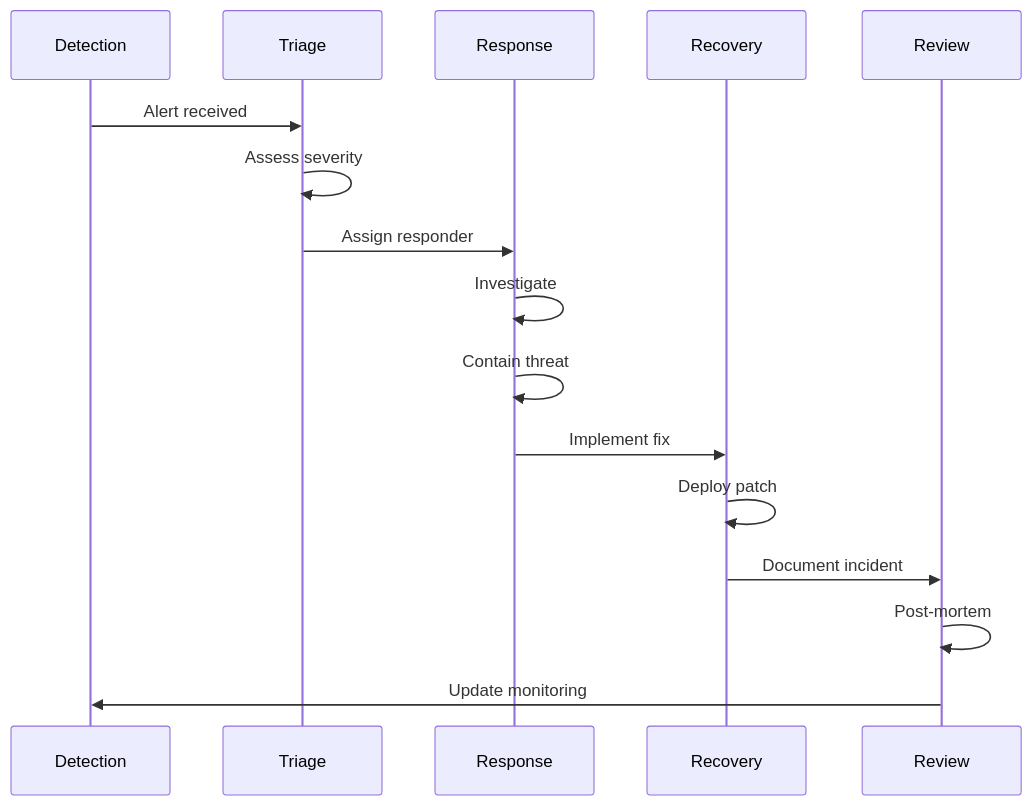
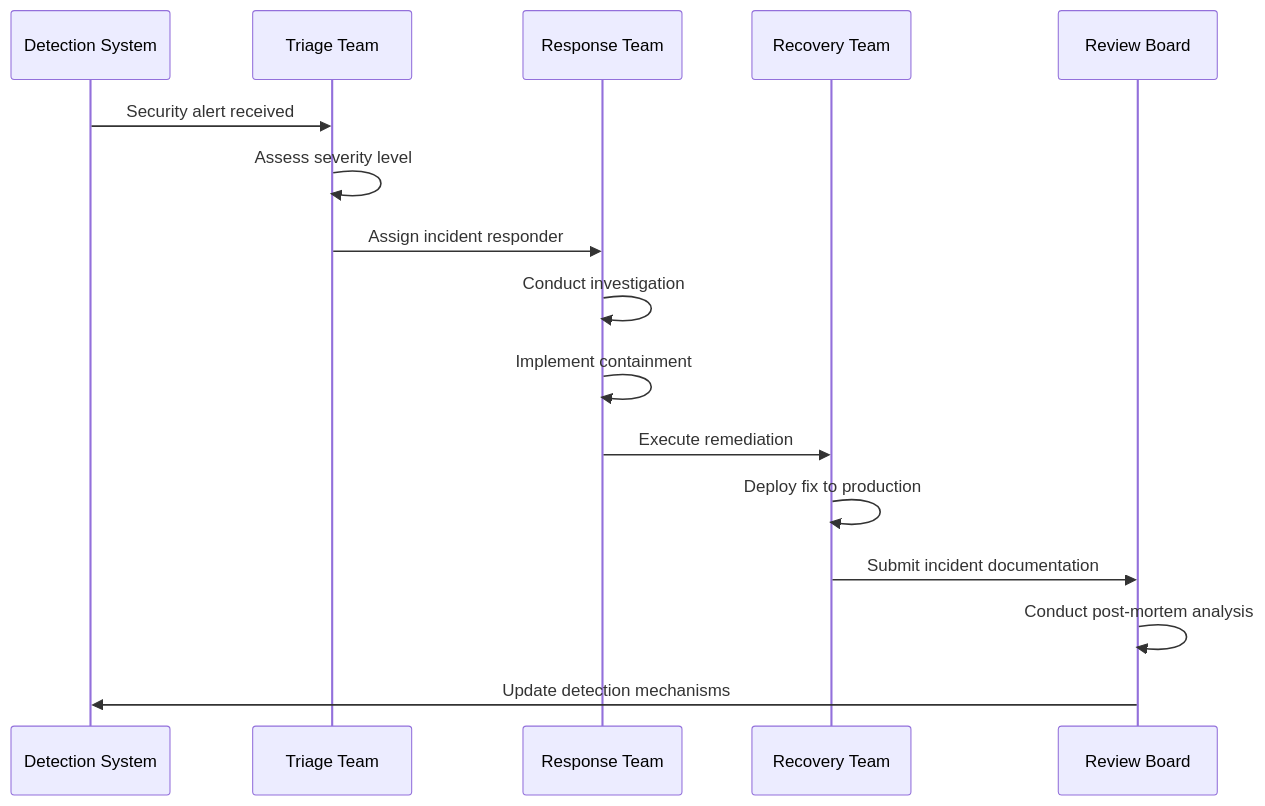
One commit to WSO2-G02/salon-booking-frontend-dev changed the ninth of 9 diagrams in docs/SECURITY.md. Above: the diagram before and after it, drawn with Mermaid. The commit also changed other lines of this file and 2 other files, not shown here.

First line of the commit message:
docs: rewrite documentation with professional language

````diff
--- a/docs/SECURITY.md
+++ b/docs/SECURITY.md
@@ -268,19 +263,19 @@
 ```mermaid
 sequenceDiagram
-    participant Detection
-    participant Triage
-    participant Response
-    participant Recovery
-    participant Review
+    participant Detection as Detection System
+    participant Triage as Triage Team
+    participant Response as Response Team
+    participant Recovery as Recovery Team
+    participant Review as Review Board
 
-    Detection->>Triage: Alert received
-    Triage->>Triage: Assess severity
-    Triage->>Response: Assign responder
-    Response->>Response: Investigate
-    Response->>Response: Contain threat
-    Response->>Recovery: Implement fix
-    Recovery->>Recovery: Deploy patch
-    Recovery->>Review: Document incident
-    Review->>Review: Post-mortem
-    Review->>Detection: Update monitoring
+    Detection->>Triage: Security alert received
+    Triage->>Triage: Assess severity level
+    Triage->>Response: Assign incident responder
+    Response->>Response: Conduct investigation
+    Response->>Response: Implement containment
+    Response->>Recovery: Execute remediation
+    Recovery->>Recovery: Deploy fix to production
+    Recovery->>Review: Submit incident documentation
+    Review->>Review: Conduct post-mortem analysis
+    Review->>Detection: Update detection mechanisms
 ```
````
